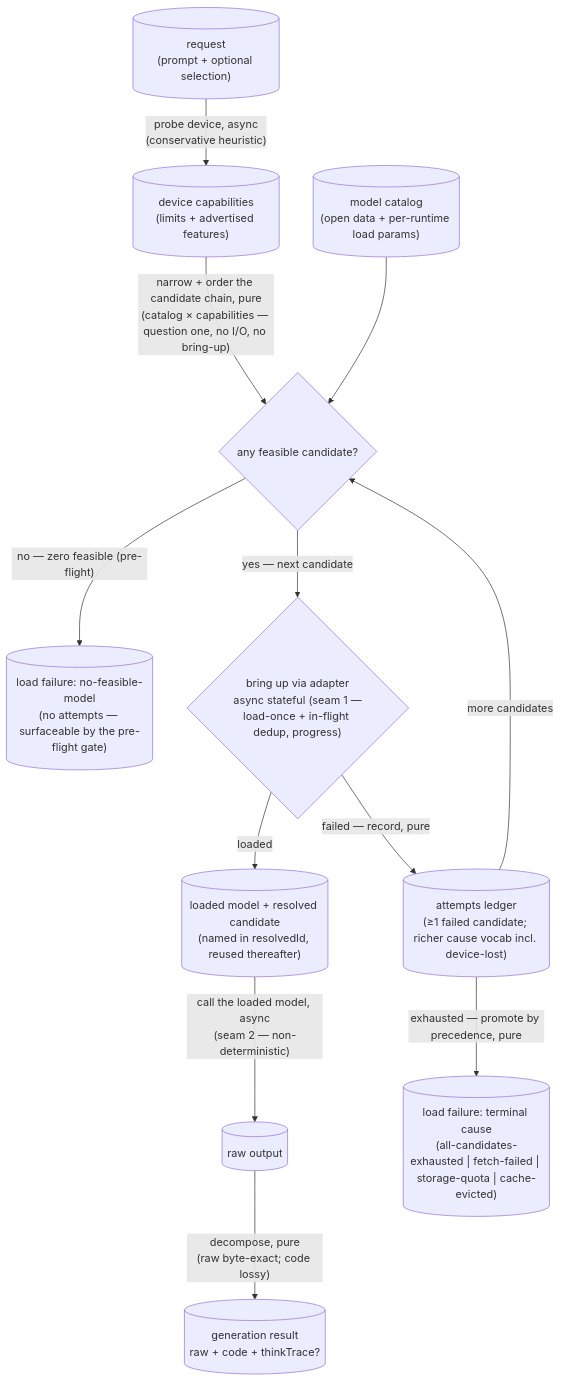
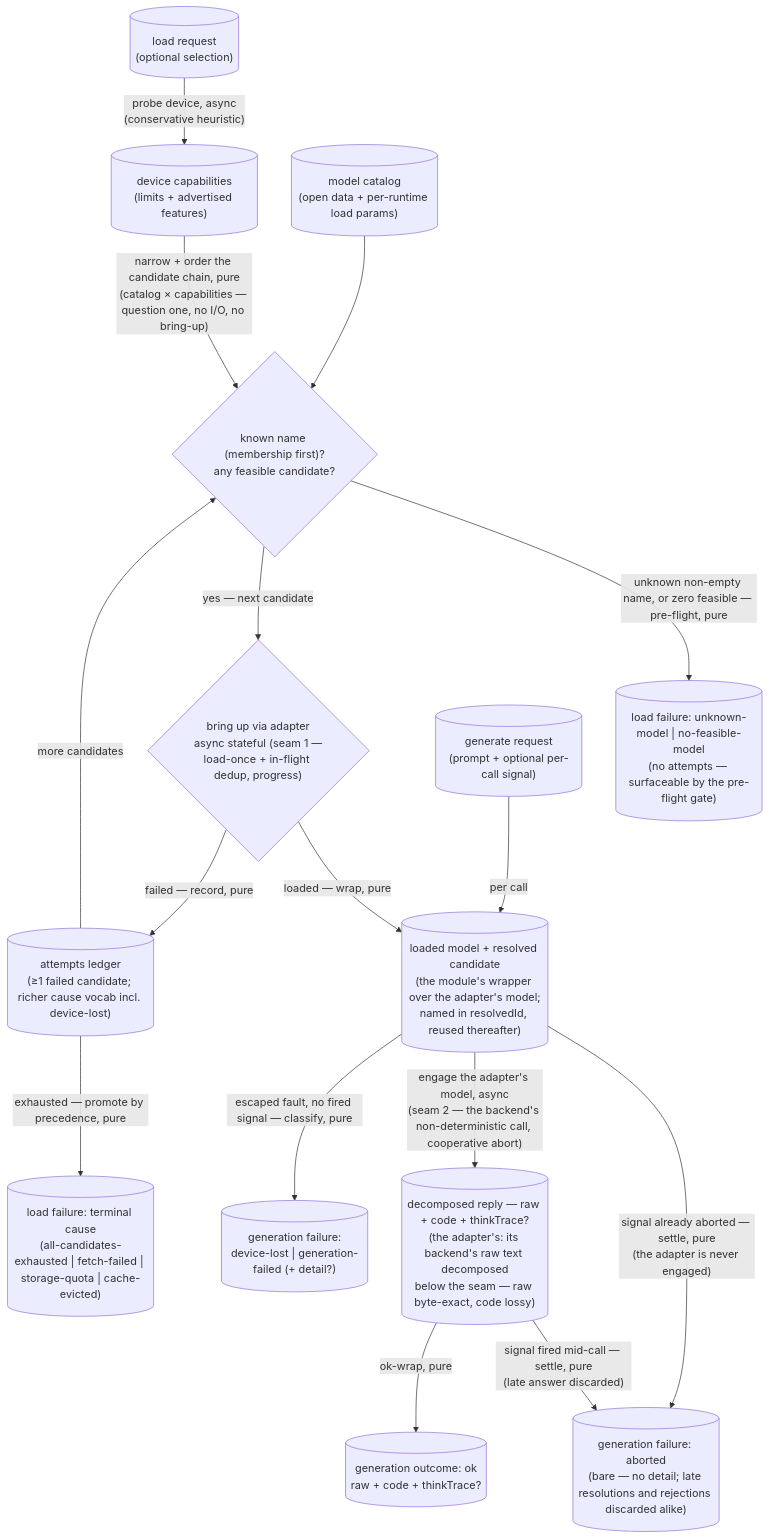
One commit to codeschoolinabox/curricula changed the diagram in src/lib/study-lenses/lib/local-llm/DOCS.md. Above: the diagram before and after it, drawn with Mermaid. The commit also changed other lines of this file and 8 other files, not shown here.

````diff
--- a/src/lib/study-lenses/lib/local-llm/DOCS.md
+++ b/src/lib/study-lenses/lib/local-llm/DOCS.md
@@ -79,14 +90,18 @@
 ```mermaid
 flowchart TD
-    req[("request<br/>(prompt + optional selection)")] -->|"probe device, async<br/>(conservative heuristic)"| caps[("device capabilities<br/>(limits + advertised features)")]
+    req[("load request<br/>(optional selection)")] -->|"probe device, async<br/>(conservative heuristic)"| caps[("device capabilities<br/>(limits + advertised features)")]
     catalog[("model catalog<br/>(open data + per-runtime load params)")] --> chain
-    caps -->|"narrow + order the candidate chain, pure<br/>(catalog × capabilities — question one, no I/O, no bring-up)"| chain{"any feasible candidate?"}
-    chain -->|"no — zero feasible (pre-flight)"| pf[("load failure: no-feasible-model<br/>(no attempts — surfaceable by the pre-flight gate)")]
+    caps -->|"narrow + order the candidate chain, pure<br/>(catalog × capabilities — question one, no I/O, no bring-up)"| chain{"known name (membership first)?<br/>any feasible candidate?"}
+    chain -->|"unknown non-empty name, or zero feasible — pre-flight, pure"| pf[("load failure: unknown-model | no-feasible-model<br/>(no attempts — surfaceable by the pre-flight gate)")]
     chain -->|"yes — next candidate"| up{"bring up via adapter<br/>async stateful (seam 1 —<br/>load-once + in-flight dedup, progress)"}
-    up -->|"loaded"| model[("loaded model + resolved candidate<br/>(named in resolvedId, reused thereafter)")]
+    up -->|"loaded — wrap, pure"| model[("loaded model + resolved candidate<br/>(the module's wrapper over the adapter's model;<br/>named in resolvedId, reused thereafter)")]
     up -->|"failed — record, pure"| ledger[("attempts ledger<br/>(≥1 failed candidate; richer cause vocab incl. device-lost)")]
     ledger -->|"more candidates"| chain
     ledger -->|"exhausted — promote by precedence, pure"| post[("load failure: terminal cause<br/>(all-candidates-exhausted | fetch-failed | storage-quota | cache-evicted)")]
-    model -->|"call the loaded model, async<br/>(seam 2 — non-deterministic)"| raw[("raw output")]
-    raw -->|"decompose, pure<br/>(raw byte-exact; code lossy)"| result[("generation result<br/>raw + code + thinkTrace?")]
+    ask[("generate request<br/>(prompt + optional per-call signal)")] -->|"per call"| model
+    model -->|"signal already aborted — settle, pure<br/>(the adapter is never engaged)"| ab[("generation failure: aborted<br/>(bare — no detail; late resolutions and rejections discarded alike)")]
+    model -->|"engage the adapter's model, async<br/>(seam 2 — the backend's non-deterministic call, cooperative abort)"| reply[("decomposed reply — raw + code + thinkTrace?<br/>(the adapter's: its backend's raw text decomposed<br/>below the seam — raw byte-exact, code lossy)")]
+    reply -->|"signal fired mid-call — settle, pure<br/>(late answer discarded)"| ab
+    reply -->|"ok-wrap, pure"| result[("generation outcome: ok<br/>raw + code + thinkTrace?")]
+    model -->|"escaped fault, no fired signal — classify, pure"| gf[("generation failure:<br/>device-lost | generation-failed (+ detail?)")]
 ```
````
